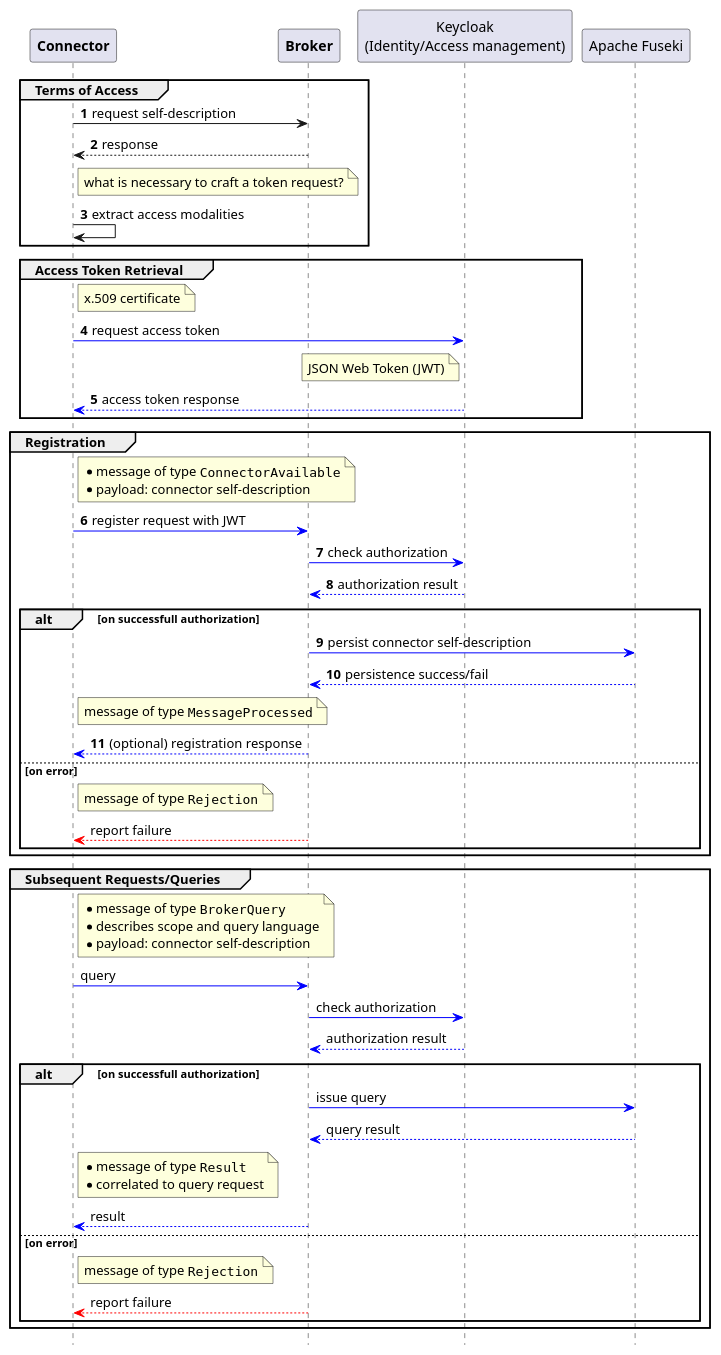
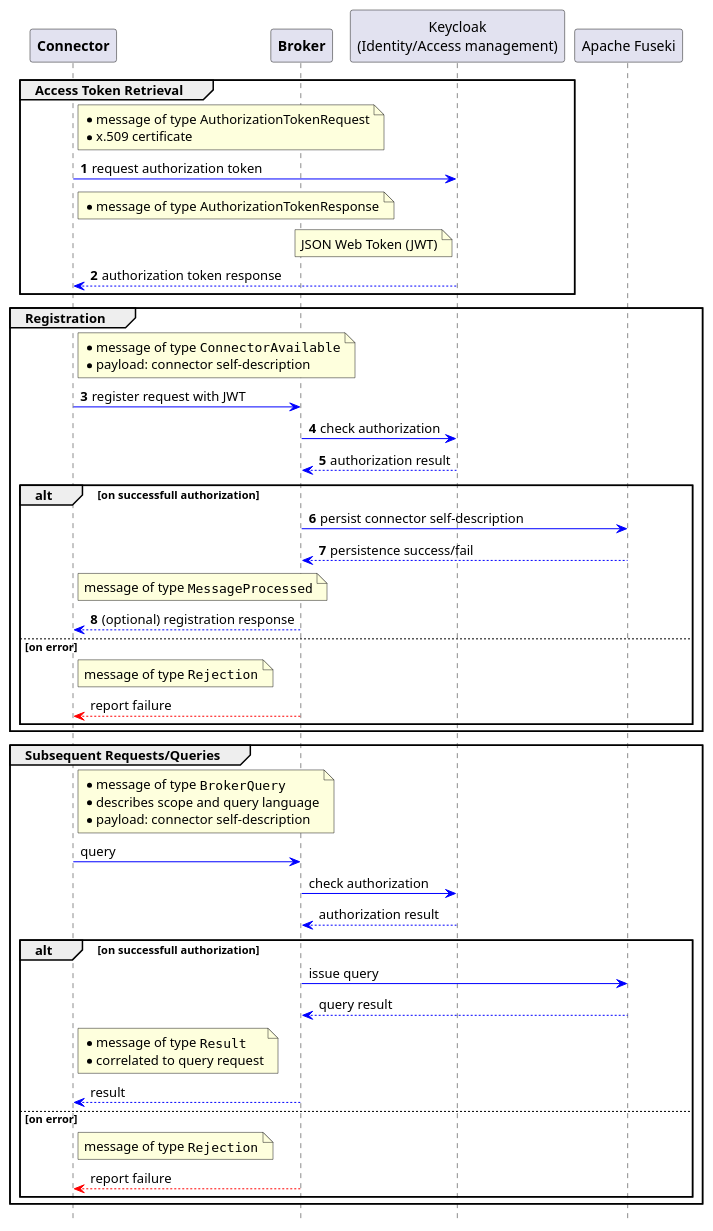
One commit to IndustrialDataSpace/Documentation changed the diagram in connector_broker_interaction_http.plantuml. Above: the diagram before and after it, drawn with PlantUML. The commit also changed 1 other file, not shown here.

Commit message:
add state chart for provider/consumer interaction

```diff
--- a/connector_broker_interaction_http.plantuml
+++ b/connector_broker_interaction_http.plantuml
@@ -1,70 +1,63 @@
 @startuml
 participant "**Connector**" as C
 participant "**Broker**" as B
 participant "Keycloak\n(Identity/Access management)" as K
 participant "Apache Fuseki" as F
 
 autonumber
 hide footbox
 
-group Terms of Access
-    C -> B : request self-description
-    C <-- B : response
+group Access Token Retrieval
+    note right of C: *message of type AuthorizationTokenRequest\n*x.509 certificate
+    C -[#blue]> K : request authorization token
 
-    note right of C: what is necessary to craft a token request?
-    C -> C : extract access modalities
-end
-
-group Access Token Retrieval
-    note right of C: x.509 certificate
-    C -[#blue]> K : request access token
-
+    note right of C: *message of type AuthorizationTokenResponse
     note left of K: JSON Web Token (JWT)
-    K --[#blue]> C : access token response
+    K --[#blue]> C : authorization token response
 end
 
 group Registration
     note right of C: *message of type ""ConnectorAvailable""\n*payload: connector self-description
     C -[#blue]> B : register request with JWT
 
     B -[#blue]> K : check authorization
     K --[#blue]> B : authorization result
 
     alt on successfull authorization
         B -[#blue]> F : persist connector self-description
         F --[#blue]> B : persistence success/fail
 
 
         note right of C: message of type ""MessageProcessed""
         B --[#blue]> C : (optional) registration response
 
     else on error
         autonumber stop
         note right of C: message of type ""Rejection""
         B --[#red]> C : report failure
     end
 end
 
 group Subsequent Requests/Queries
     note right of C: *message of type ""BrokerQuery""\n*describes scope and query language\n*payload: connector self-description
     C -[#blue]> B : query
 
     B -[#blue]> K : check authorization
     K --[#blue]> B : authorization result
 
     alt on successfull authorization
         B -[#blue]> F : issue query
         F --[#blue]> B : query result
 
 
         note right of C: *message of type ""Result""\n*correlated to query request
         B --[#blue]> C : result
 
     else on error
         autonumber stop
         note right of C: message of type ""Rejection""
         B --[#red]> C : report failure
     end
 end
 
 @enduml
```
